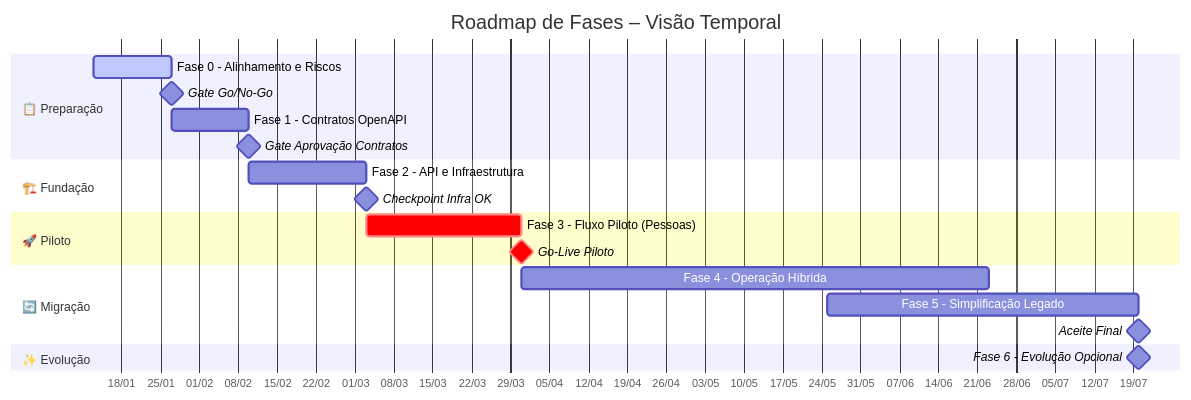
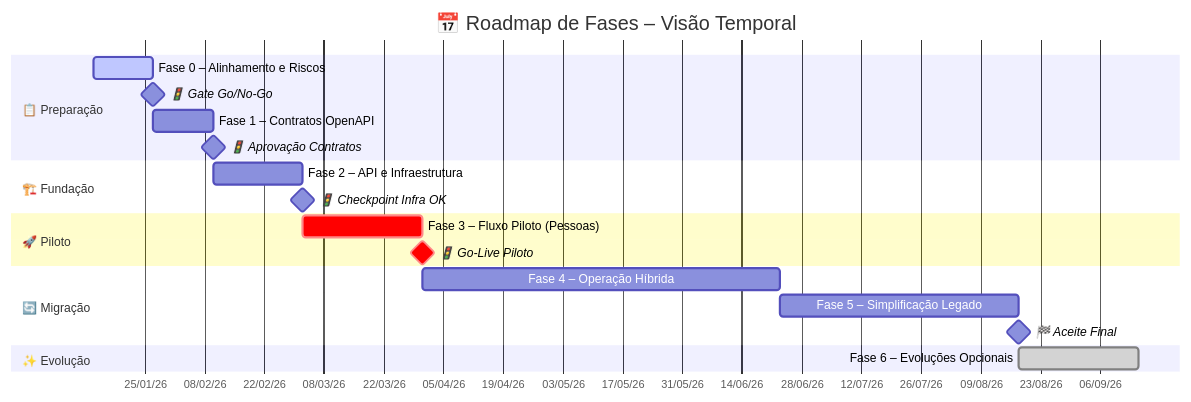
Before and after one commit to Evilazaro/Azure-LogicApps-Monitoring: the ninth of 17 diagrams in docs/planoProjetoModernizacao.md, drawn with Mermaid. The commit also changed other lines of this file, not shown here.

````diff
--- a/docs/planoProjetoModernizacao.md
+++ b/docs/planoProjetoModernizacao.md
@@ -1219,73 +1220,66 @@
 ```mermaid
 ---
-title: "Roadmap de Fases – Visão Temporal"
+title: "📅 Roadmap de Fases – Visão Temporal"
 ---
 gantt
     %% ═══════════════════════════════════════════════════════════════
     %% DIAGRAMA: Roadmap de Fases do Projeto de Modernização
     %% PROPÓSITO: Visualizar a linha do tempo das fases do projeto,
     %%            dependências entre atividades e marcos de decisão
     %% PADRÃO: Strangler Pattern (migração incremental por fluxo)
     %% ═══════════════════════════════════════════════════════════════
 
     %% ───────────────────────────────────────────────────────────────
     %% CONFIGURAÇÃO DO GRÁFICO
     %% - dateFormat: formato de entrada das datas (YYYY-MM-DD)
-    %% - axisFormat: formato de exibição no eixo (dia/mês)
-    %% - tickInterval: intervalo entre marcações (1 semana)
-    %% - todayMarker: linha indicando a data atual
+    %% - axisFormat: formato de exibição no eixo (dia/mês/ano)
+    %% - tickInterval: intervalo entre marcações (2 semanas)
+    %% - todayMarker: linha vermelha indicando a data atual
     %% ───────────────────────────────────────────────────────────────
     dateFormat YYYY-MM-DD
-    axisFormat %d/%m
-    tickInterval 1week
-    todayMarker stroke-width:2px,stroke:#4F46E5,opacity:0.7
+    axisFormat %d/%m/%y
+    tickInterval 2week
+    todayMarker stroke-width:3px,stroke:#EF4444,opacity:0.8
 
     %% ───────────────────────────────────────────────────────────────
-    %% SEÇÃO: PREPARAÇÃO
+    %% SEÇÃO: PREPARAÇÃO (Semanas 1–4)
     %% Objetivo: Estabelecer base de governança e contratos
-    %% - Fase 0: Alinhamento, inventário técnico, backlog
-    %% - Fase 1: Definição de contratos OpenAPI e padrões
     %% ───────────────────────────────────────────────────────────────
     section 📋 Preparação
-    Fase 0 - Alinhamento e Riscos    :active, f0, 2026-01-13, 2w
-    Gate Go/No-Go                    :milestone, m0, after f0, 0d
-    Fase 1 - Contratos OpenAPI       :f1, after f0, 2w
-    Gate Aprovação Contratos         :milestone, m1, after f1, 0d
+    Fase 0 – Alinhamento e Riscos       :active, f0, 2026-01-13, 2w
+    🚦 Gate Go/No-Go                    :milestone, m0, after f0, 0d
+    Fase 1 – Contratos OpenAPI          :f1, after f0, 2w
+    🚦 Aprovação Contratos              :milestone, m1, after f1, 0d
 
     %% ───────────────────────────────────────────────────────────────
-    %% SEÇÃO: FUNDAÇÃO
+    %% SEÇÃO: FUNDAÇÃO (Semanas 5–7)
     %% Objetivo: Construir infraestrutura base da API
-    %% - Fase 2: API scaffold, CI/CD, observabilidade básica
     %% ───────────────────────────────────────────────────────────────
     section 🏗️ Fundação
-    Fase 2 - API e Infraestrutura    :f2, after f1, 3w
-    Checkpoint Infra OK              :milestone, m2, after f2, 0d
+    Fase 2 – API e Infraestrutura       :f2, after f1, 3w
+    🚦 Checkpoint Infra OK              :milestone, m2, after f2, 0d
 
     %% ───────────────────────────────────────────────────────────────
-    %% SEÇÃO: PILOTO
+    %% SEÇÃO: PILOTO (Semanas 8–11) — CRÍTICO
     %% Objetivo: Validar padrões com primeiro fluxo em produção
-    %% - Fase 3: Fluxo piloto (Cadastro de Pessoas) - CRÍTICO
     %% ───────────────────────────────────────────────────────────────
     section 🚀 Piloto
-    Fase 3 - Fluxo Piloto (Pessoas)  :crit, f3, after f2, 4w
-    Go-Live Piloto                   :milestone, crit, m3, after f3, 0d
+    Fase 3 – Fluxo Piloto (Pessoas)     :crit, f3, after f2, 4w
+    🚦 Go-Live Piloto                   :milestone, crit, m3, after f3, 0d
 
     %% ───────────────────────────────────────────────────────────────
-    %% SEÇÃO: MIGRAÇÃO
+    %% SEÇÃO: MIGRAÇÃO (Semanas 12–28)
     %% Objetivo: Escalar migração fluxo a fluxo
-    %% - Fase 4: Operação híbrida (legado + API coexistem)
-    %% - Fase 5: Simplificação do legado (remoção de timers)
     %% ───────────────────────────────────────────────────────────────
     section 🔄 Migração
-    Fase 4 - Operação Híbrida        :f4, after f3, 12w
-    Fase 5 - Simplificação Legado    :f5, 2026-05-25, 8w
-    Aceite Final                     :milestone, m5, after f5, 0d
+    Fase 4 – Operação Híbrida           :f4, after f3, 12w
+    Fase 5 – Simplificação Legado       :f5, after f4, 8w
+    🏁 Aceite Final                     :milestone, m5, after f5, 0d
 
     %% ───────────────────────────────────────────────────────────────
-    %% SEÇÃO: EVOLUÇÃO
+    %% SEÇÃO: EVOLUÇÃO (Pós-projeto)
     %% Objetivo: Evoluções opcionais por demanda
-    %% - Fase 6: Mensageria, eventos, preparação Nimbus (sob ROI)
     %% ───────────────────────────────────────────────────────────────
     section ✨ Evolução
-    Fase 6 - Evolução Opcional       :milestone, f6, after f5, 0d
+    Fase 6 – Evoluções Opcionais        :done, f6, after f5, 4w
 ```
````
